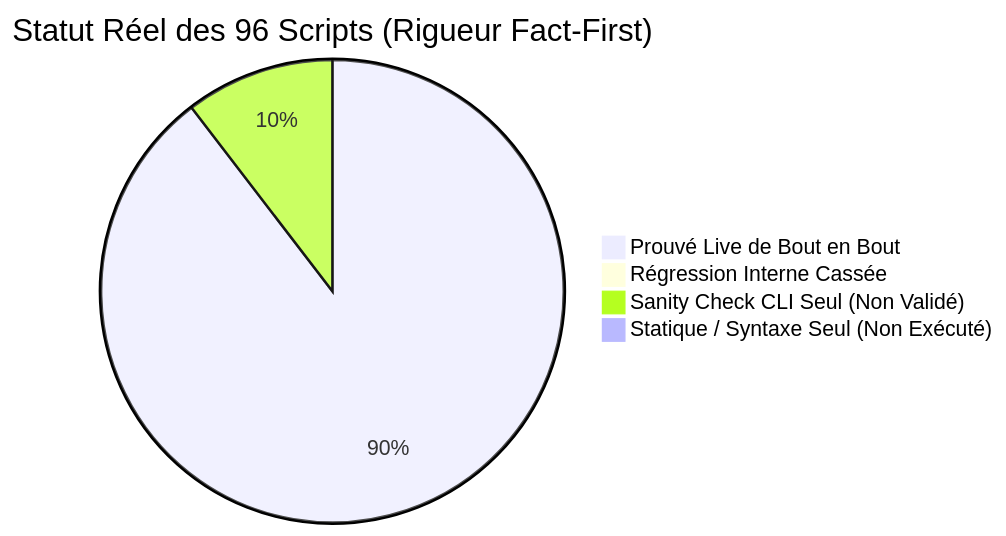
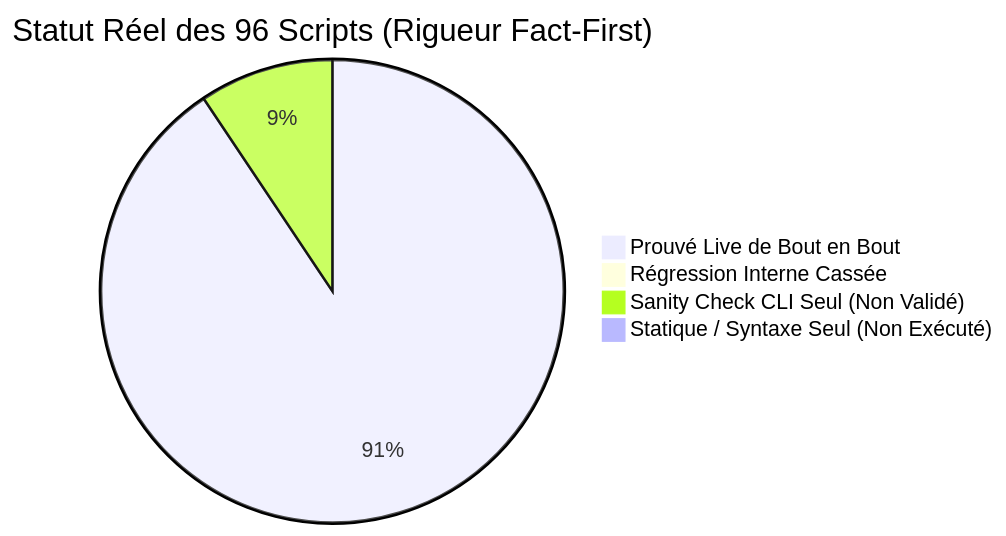
The diagram in docs/reference/2026-11-10-audit-exhaustif-scripts-regressions.md (yoyonel/pydbsrt), drawn with Mermaid before and after one commit. The commit also changed other lines of this file and 2 other files, not shown here.

Commit message:
fix(ingestion): dynamic root, safe name handling and check mode in phash dedupe (#69)

````diff
--- a/docs/reference/2026-11-10-audit-exhaustif-scripts-regressions.md
+++ b/docs/reference/2026-11-10-audit-exhaustif-scripts-regressions.md
@@ -16,7 +16,7 @@
 ```mermaid
 pie title Statut Réel des 96 Scripts (Rigueur Fact-First)
-    "Prouvé Live de Bout en Bout" : 86
+    "Prouvé Live de Bout en Bout" : 87
     "Régression Interne Cassée" : 0
-    "Sanity Check CLI Seul (Non Validé)" : 10
+    "Sanity Check CLI Seul (Non Validé)" : 9
     "Statique / Syntaxe Seul (Non Exécuté)" : 0
 ```
````
